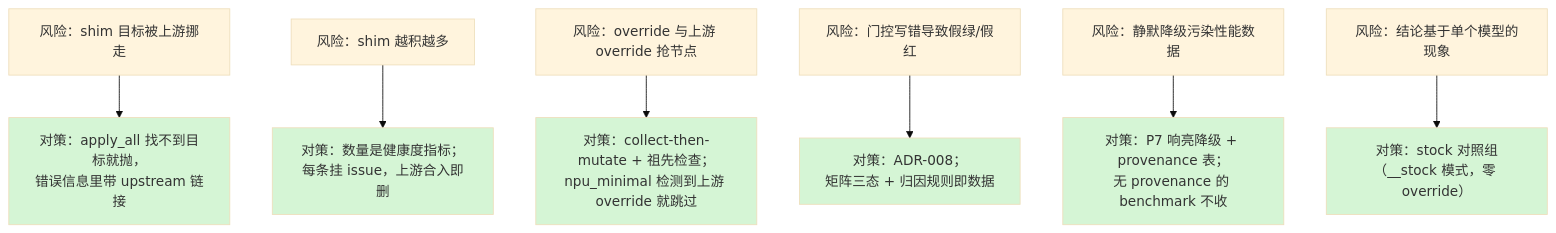
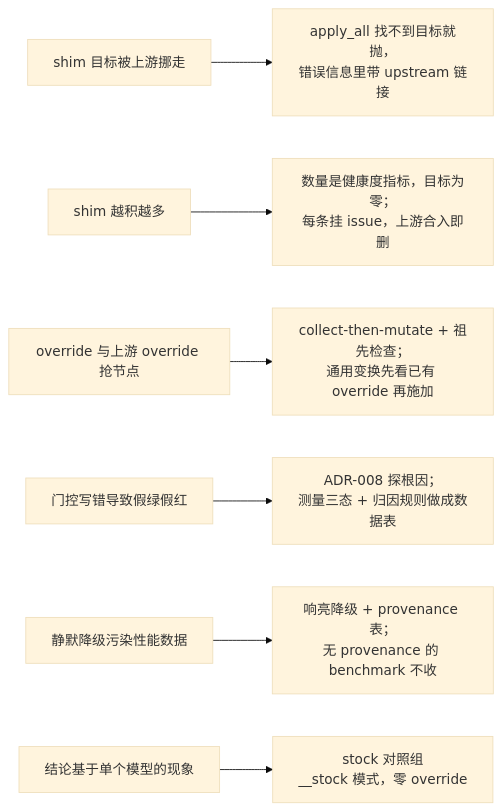
One commit to JavaZeroo/ascend-torchtitan changed diagram 15 of 15 in docs/design/shim-and-override.md. Above: the diagram before and after it, drawn with Mermaid (base theme). The commit also changed other lines of this file and 1 other file, not shown here.

````diff
--- a/docs/design/shim-and-override.md
+++ b/docs/design/shim-and-override.md
@@ -588,16 +491,9 @@
 ```mermaid
-graph TD
-    R1["风险：shim 目标被上游挪走"] --> M1["对策：apply_all 找不到目标就抛，<br/>错误信息里带 upstream 链接"]
-    R2["风险：shim 越积越多"] --> M2["对策：数量是健康度指标；<br/>每条挂 issue，上游合入即删"]
-    R3["风险：override 与上游 override 抢节点"] --> M3["对策：collect-then-mutate + 祖先检查；<br/>npu_minimal 检测到上游 override 就跳过"]
-    R4["风险：门控写错导致假绿/假红"] --> M4["对策：ADR-008；<br/>矩阵三态 + 归因规则即数据"]
-    R5["风险：静默降级污染性能数据"] --> M5["对策：P7 响亮降级 + provenance 表；<br/>无 provenance 的 benchmark 不收"]
-    R6["风险：结论基于单个模型的现象"] --> M6["对策：stock 对照组<br/>（__stock 模式，零 override）"]
-
-    style M1 fill:#d5f5d5
-    style M2 fill:#d5f5d5
-    style M3 fill:#d5f5d5
-    style M4 fill:#d5f5d5
-    style M5 fill:#d5f5d5
-    style M6 fill:#d5f5d5
+graph LR
+    R1["shim 目标被上游挪走"] --> M1["apply_all 找不到目标就抛，<br/>错误信息里带 upstream 链接"]
+    R2["shim 越积越多"] --> M2["数量是健康度指标，目标为零；<br/>每条挂 issue，上游合入即删"]
+    R3["override 与上游 override 抢节点"] --> M3["collect-then-mutate + 祖先检查；<br/>通用变换先看已有 override 再施加"]
+    R4["门控写错导致假绿假红"] --> M4["ADR-008 探根因；<br/>测量三态 + 归因规则做成数据表"]
+    R5["静默降级污染性能数据"] --> M5["响亮降级 + provenance 表；<br/>无 provenance 的 benchmark 不收"]
+    R6["结论基于单个模型的现象"] --> M6["stock 对照组<br/>__stock 模式，零 override"]
 ```
````
